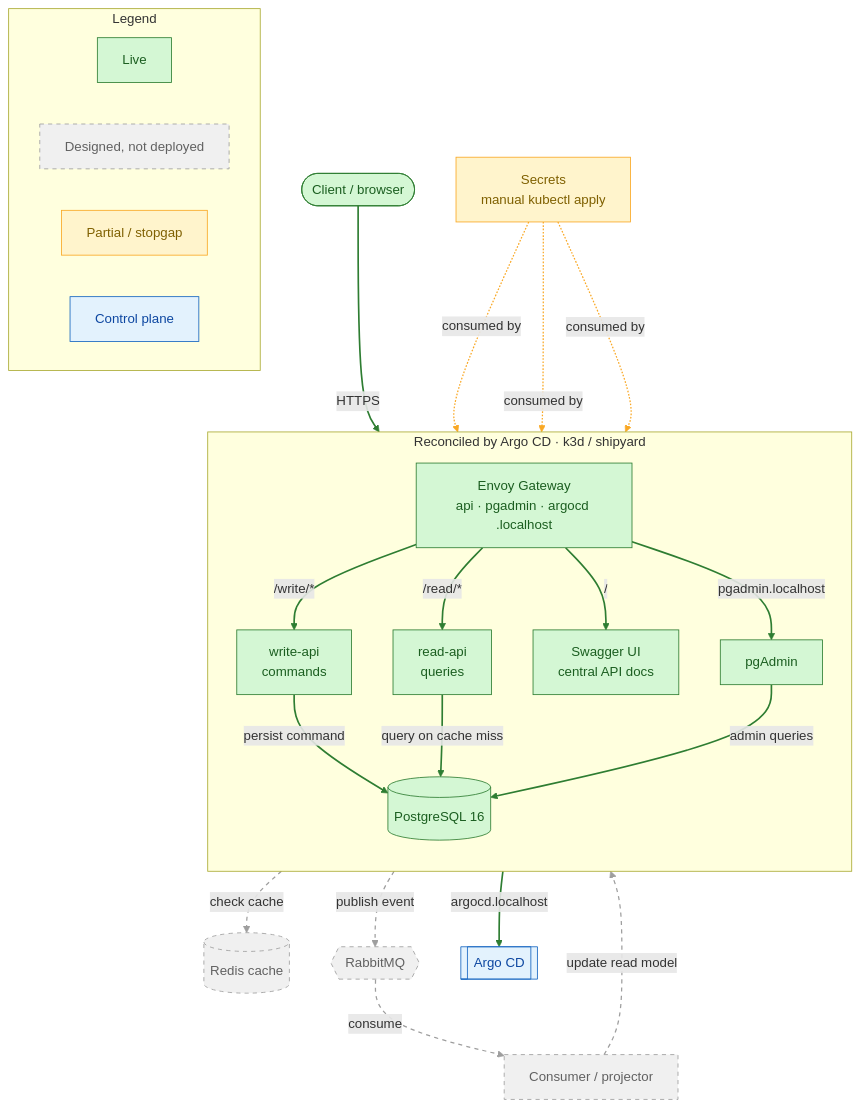
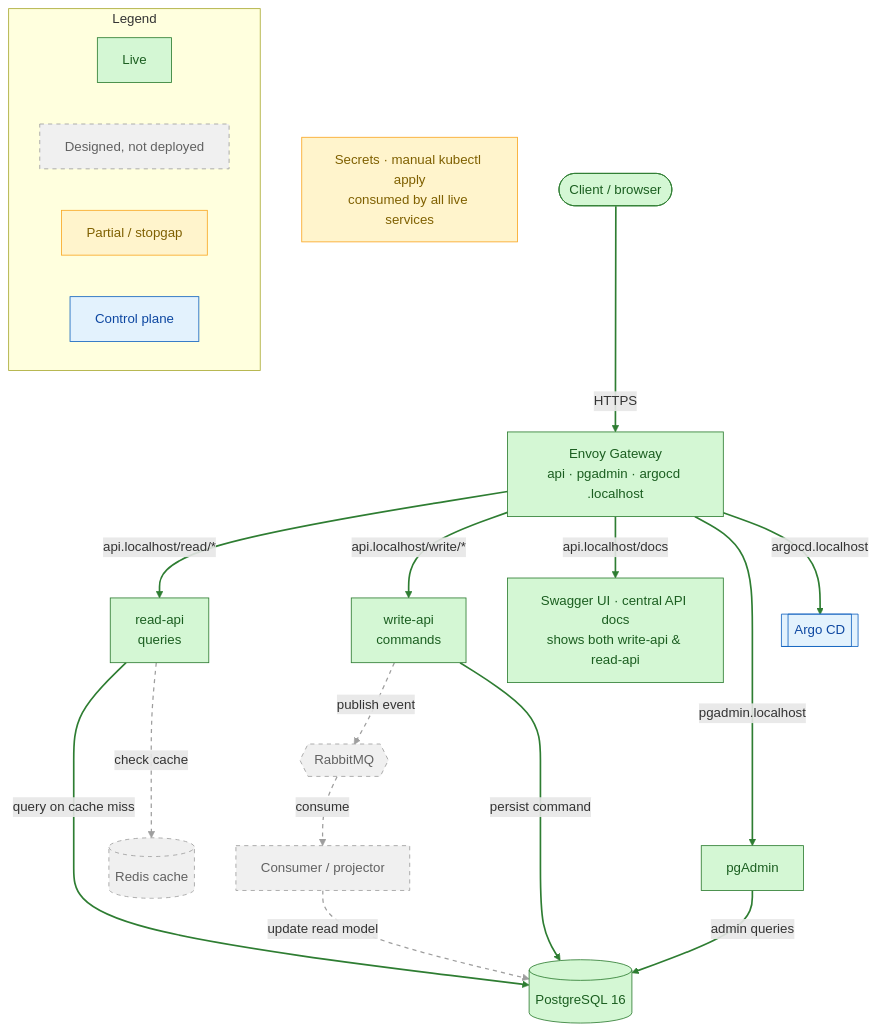
One commit to CJs-Shipyard/platform-docs changed the first of 2 diagrams in README.md. Above: the diagram before and after it, drawn with Mermaid. The commit also changed other lines of this file, not shown here.

Commit message:
reorganized platform diagrams to prevent subgraph clipping; improved diagram readability

````diff
--- a/README.md
+++ b/README.md
@@ -60,57 +57,57 @@
 ```mermaid
 flowchart TB
     classDef live fill:#d4f7d4,stroke:#2e7d32,color:#1b5e20;
     classDef planned fill:#f0f0f0,stroke:#9e9e9e,color:#616161,stroke-dasharray:5 5;
     classDef partial fill:#fff4cc,stroke:#f9a825,color:#7f6000;
     classDef ctrl fill:#e3f2fd,stroke:#1565c0,color:#0d47a1;
-
-    client([Client / browser]):::live
-
-    subgraph rt["Reconciled by Argo CD · k3d / shipyard"]
-        direction TB
-        envoy["Envoy Gateway<br/>api · pgadmin · argocd .localhost"]:::live
-        docs["Swagger UI<br/>central API docs"]:::live
-        write["write-api<br/>commands"]:::live
-        read["read-api<br/>queries"]:::live
-        pgadmin["pgAdmin"]:::live
-        pg[("PostgreSQL 16")]:::live
-    end
-
-    redis[("Redis cache")]:::planned
-    mq{{RabbitMQ}}:::planned
-    consumer["Consumer / projector"]:::planned
-
-    argo[[Argo CD]]:::ctrl
-    secrets["Secrets<br/>manual kubectl apply"]:::partial
-
-    client -->|HTTPS| envoy
-    envoy -->|"/write/*"| write
-    envoy -->|"/read/*"| read
-    envoy -->|"/"| docs
-    envoy -->|pgadmin.localhost| pgadmin
-    envoy -->|argocd.localhost| argo
-    write -->|persist command| pg
-    read -->|query on cache miss| pg
-    pgadmin -->|admin queries| pg
-
-    read -.->|check cache| redis
-    write -.->|publish event| mq
-    mq -.->|consume| consumer
-    consumer -.->|update read model| pg
-
-    secrets -. consumed by .-> write
-    secrets -. consumed by .-> read
-    secrets -. consumed by .-> pg
 
     subgraph legend["Legend"]
         direction LR
         lL["Live"]:::live
         lP["Designed, not deployed"]:::planned
         lS["Partial / stopgap"]:::partial
         lC["Control plane"]:::ctrl
     end
 
-    linkStyle 0,1,2,3,4,5,6,7,8 stroke:#2e7d32,stroke-width:2px;
-    linkStyle 9,10,11,12 stroke:#9e9e9e,stroke-width:1.5px,stroke-dasharray:5 5;
-    linkStyle 13,14,15 stroke:#f9a825,stroke-width:1.5px;
+    secrets["Secrets · manual kubectl apply<br/>consumed by all live services"]:::partial
+    client([Client / browser]):::live
+
+    envoy["Envoy Gateway<br/>api · pgadmin · argocd .localhost"]:::live
+    docs["Swagger UI · central API docs<br/>shows both write-api & read-api"]:::live
+    write["write-api<br/>commands"]:::live
+    read["read-api<br/>queries"]:::live
+    pgadmin["pgAdmin"]:::live
+    pg[("PostgreSQL 16")]:::live
+
+    redis[("Redis cache")]:::planned
+    mq{{RabbitMQ}}:::planned
+    consumer["Consumer / projector"]:::planned
+
+    argo[[Argo CD]]:::ctrl
+    write -.->|publish event| mq
+
+    client -->|HTTPS| envoy
+    envoy -->|"api.localhost/read/*"| read
+    envoy -->|"api.localhost/write/*"| write
+    envoy -->|"api.localhost/docs"| docs
+    envoy -->|pgadmin.localhost| pgadmin
+    envoy -->|argocd.localhost| argo
+    write -->|persist command| pg
+    read -->|query on cache miss| pg
+    pgadmin -->|admin queries| pg
+
+    read -.->|check cache| redis
+    mq -.->|consume| consumer
+    consumer -.->|update read model| pg
+
+    %% layout only, invisible: dagre's network-simplex ranker minimises total edge
+    %% length, so without these it slides read-api and redis off their intended rows.
+    %% read ~~~ mq pins read-api level with write-api; mq ~~~ redis pins redis level
+    %% with consumer.
+    read ~~~ mq
+    mq ~~~ redis
+
+    linkStyle 1,2,3,4,5,6,7,8,9 stroke:#2e7d32,stroke-width:2px;
+    linkStyle 0,10,11,12 stroke:#9e9e9e,stroke-width:1.5px,stroke-dasharray:5 5;
+    linkStyle 13,14 stroke:none,stroke-width:0px,fill:none;
 ```
````
